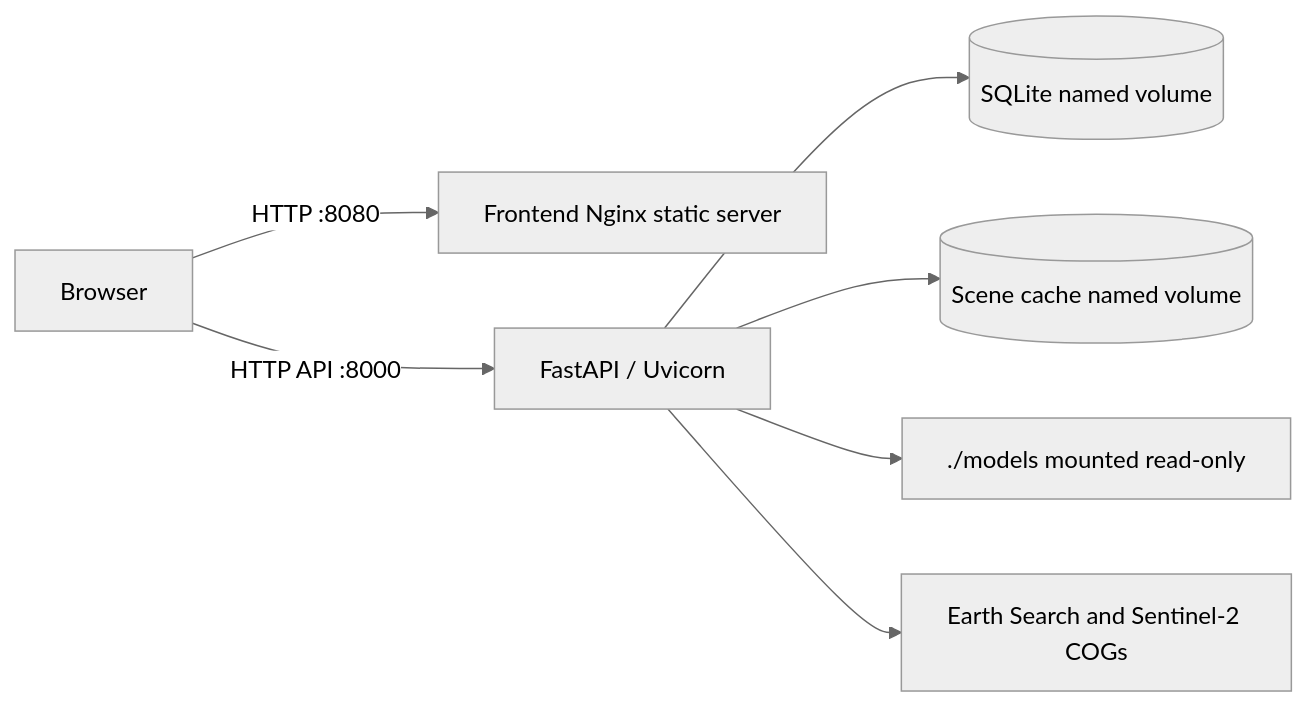
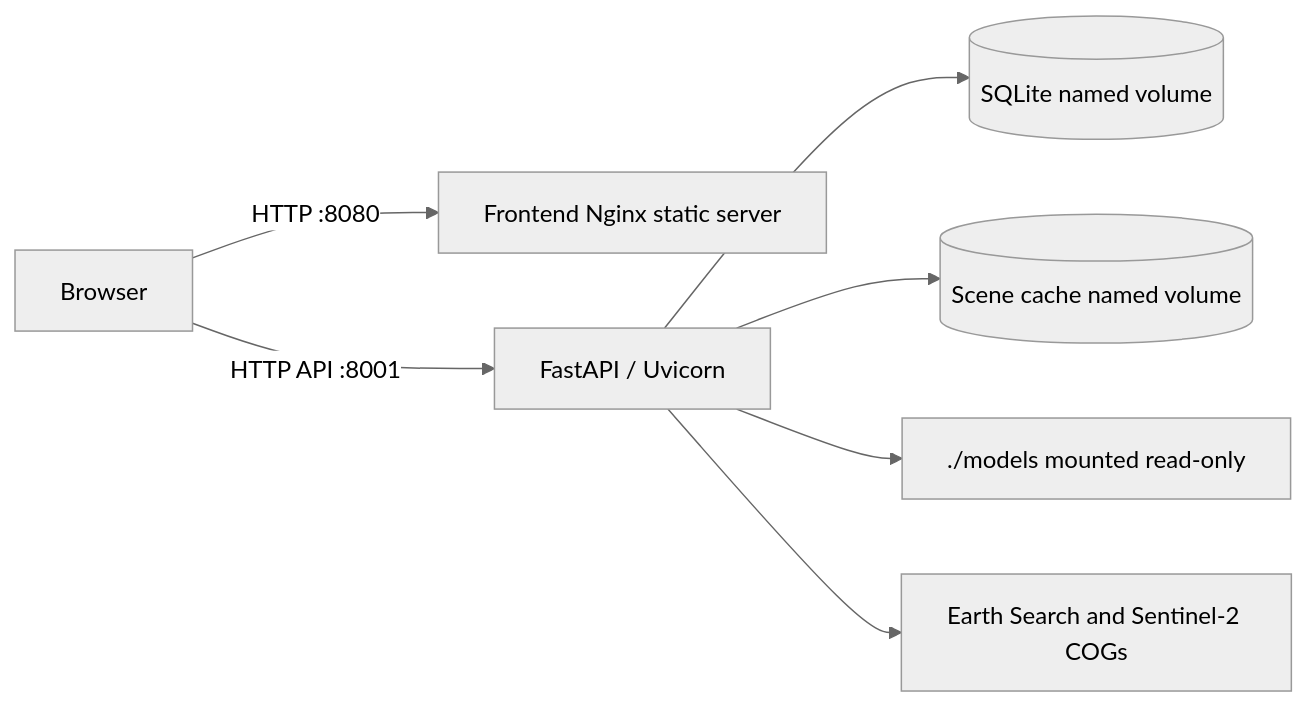
Before and after one commit to saniya196/satquery_ai: the third of 3 diagrams in docs/ARCHITECTURE.md, drawn with Mermaid (neutral theme). The commit also changed other lines of this file and 119 other files, not shown here.

````diff
--- a/docs/ARCHITECTURE.md
+++ b/docs/ARCHITECTURE.md
@@ -129,9 +129,9 @@
 ```mermaid
 graph LR
     Browser[Browser] -->|HTTP :8080| Nginx[Frontend Nginx static server]
-    Browser -->|HTTP API :8000| API[FastAPI / Uvicorn]
+    Browser -->|HTTP API :8001| API[FastAPI / Uvicorn]
     API --> DB[(SQLite named volume)]
     API --> Cache[(Scene cache named volume)]
     API --> Models["./models mounted read-only"]
     API --> STAC[Earth Search and Sentinel-2 COGs]
 ```
````
